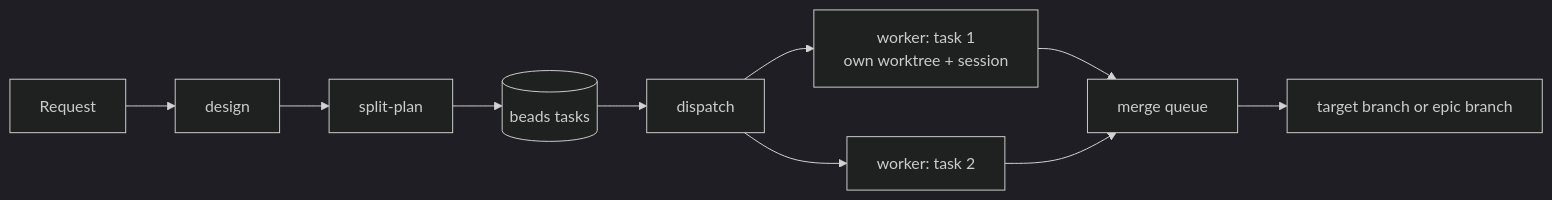
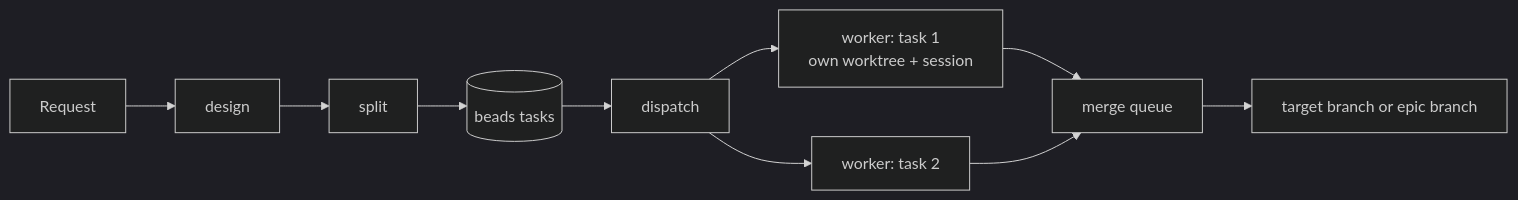
The diagram in README.md (Igosuki/agentic-sdlc), drawn with Mermaid (dark theme) before and after one commit. The commit also changed other lines of this file and 18 other files, not shown here.

First line of the commit message:
Entry points become commands; split-plan and split-task merge into split

````diff
--- a/README.md
+++ b/README.md
@@ -9,12 +9,12 @@
 ```mermaid
 flowchart LR
   R[Request] --> D[design]
-  D --> S[split-plan]
+  D --> S[split]
   S --> Q[(beads tasks)]
   Q --> X[dispatch]
   X --> W1[worker: task 1<br/>own worktree + session]
   X --> W2[worker: task 2]
   W1 --> M[merge queue]
   W2 --> M
   M --> B[target branch or epic branch]
 ```
````
